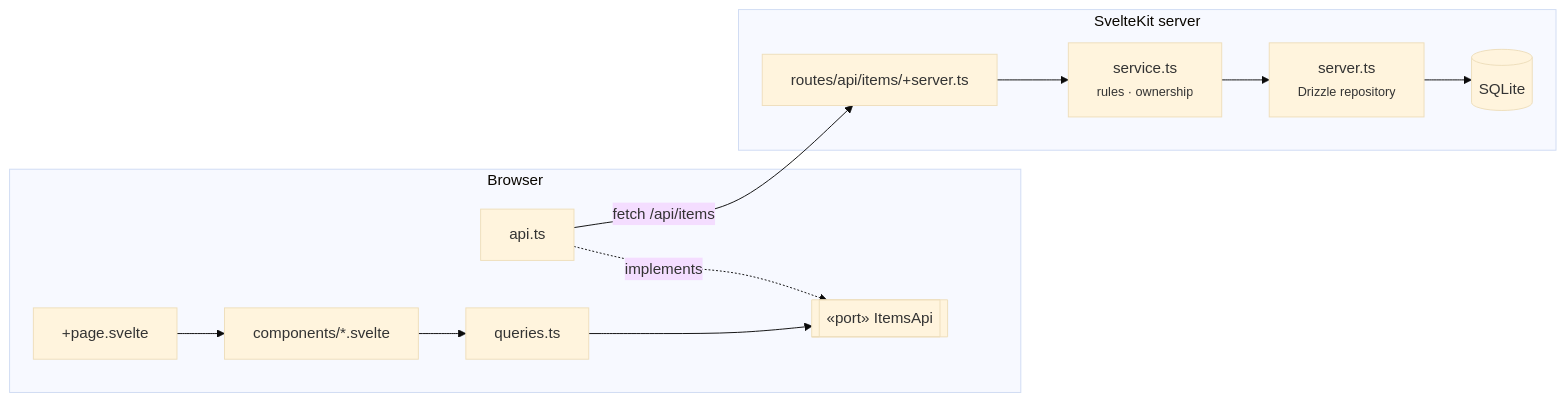
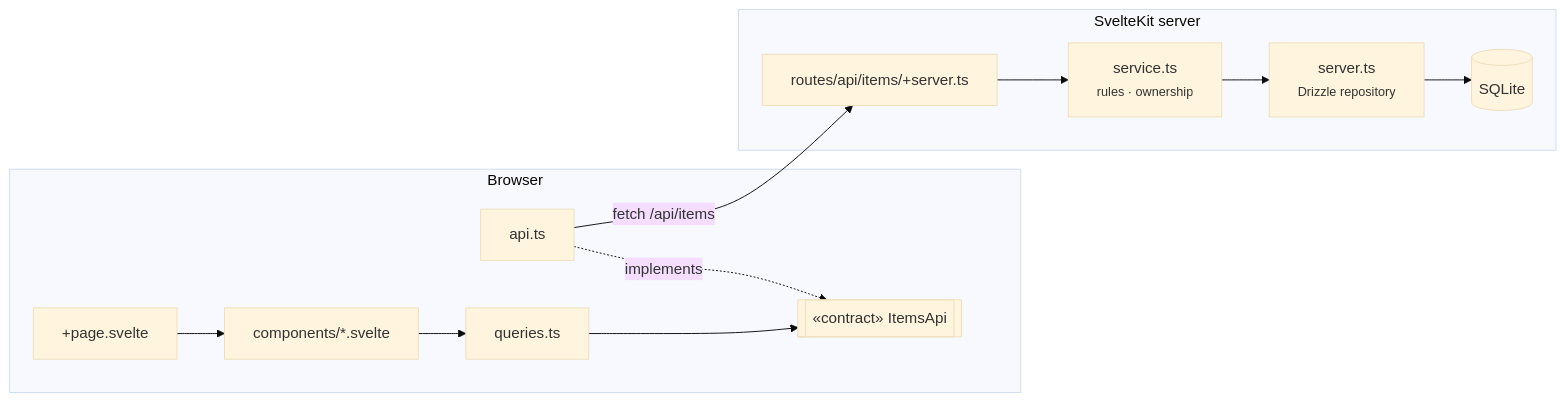
One commit to importstar/create-sveltekitten changed the diagram in slides/solid/slides.md. Above: the diagram before and after it, drawn with Mermaid (base theme). The commit also changed other lines of this file and 17 other files, not shown here.

First line of the commit message:
refactor: rename items port.ts to contract.ts (v0.3.9)

````diff
--- a/slides/solid/slides.md
+++ b/slides/solid/slides.md
@@ -107,15 +107,15 @@
 ```mermaid {scale: 0.82}
 flowchart LR
   subgraph Client["Browser"]
     P["+page.svelte"] --> C["components/*.svelte"]
     C --> Q["queries.ts"]
-    Q --> PORT[["«port» ItemsApi"]]
+    Q --> PORT[["«contract» ItemsApi"]]
     A["api.ts"] -. implements .-> PORT
   end
   A -- "fetch /api/items" --> R
   subgraph Server["SvelteKit server"]
     R["routes/api/items/+server.ts"] --> S["service.ts<br/><small>rules · ownership</small>"]
     S --> D["server.ts<br/><small>Drizzle repository</small>"]
     D --> DB[("SQLite")]
   end
 ```
````
